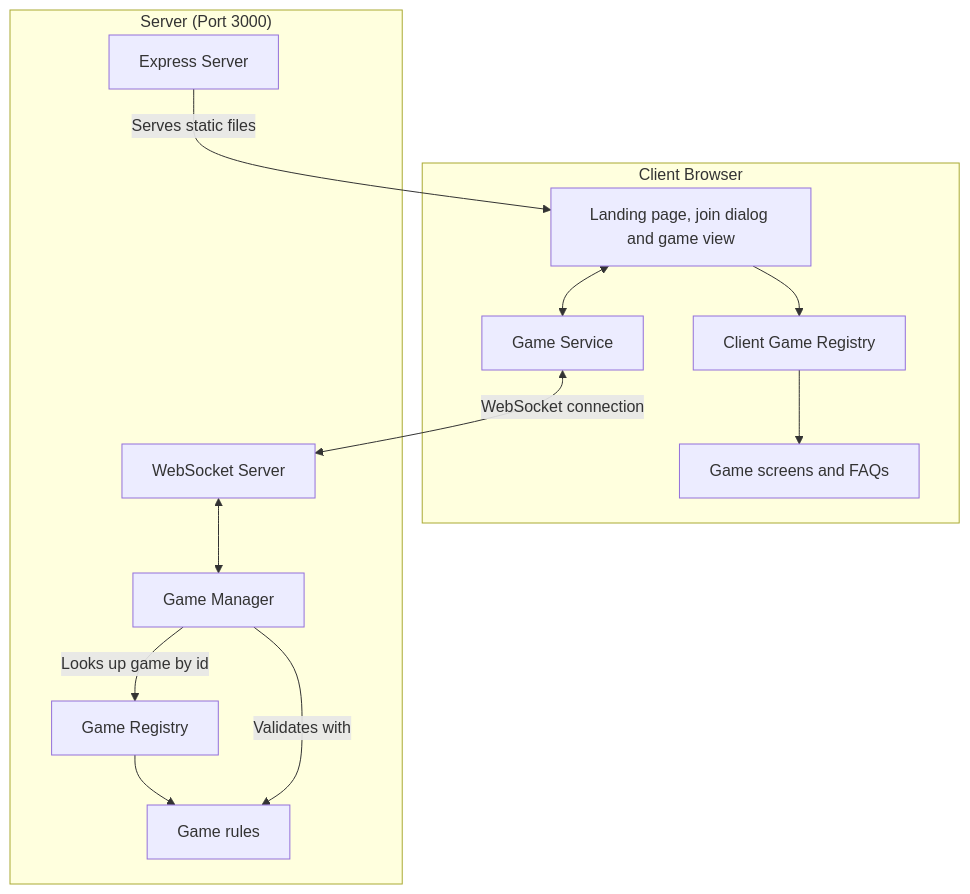
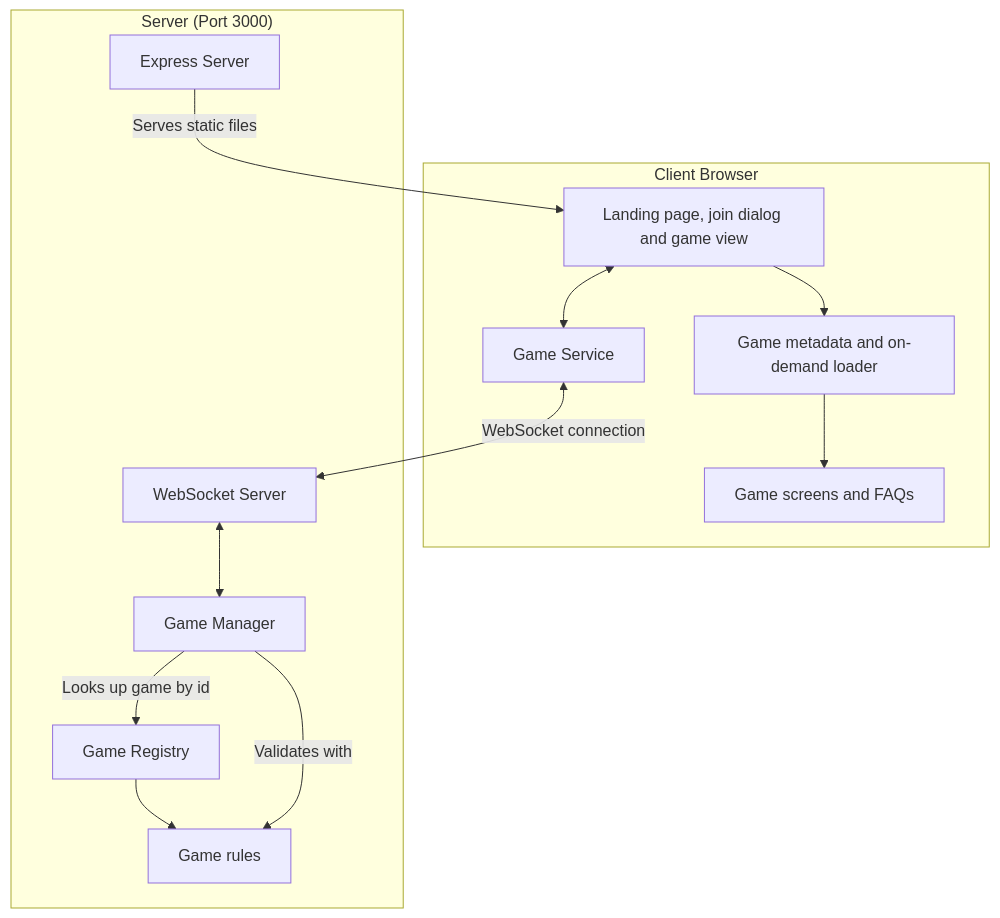
The diagram in docs/architecture.md (Nate314/multiplayer-tabletop-games), drawn with Mermaid before and after one commit. The commit also changed other lines of this file and 387 other files, not shown here.

````diff
--- a/docs/architecture.md
+++ b/docs/architecture.md
@@ -5,29 +5,29 @@
 ```mermaid
 flowchart TD
     subgraph "Client Browser"
         UI[Landing page, join dialog and game view]
         GS[Game Service]
-        CG[Client Game Registry]
+        CG[Game metadata and on-demand loader]
         GU[Game screens and FAQs]
 
         UI <--> GS
         UI --> CG
         CG --> GU
     end
 
     subgraph "Server (Port 3000)"
         ES[Express Server]
         WSS[WebSocket Server]
         GM[Game Manager]
         REG[Game Registry]
         GR[Game rules]
 
         ES --> |Serves static files| UI
         WSS <--> GM
         GM --> |Looks up game by id| REG
         REG --> GR
         GM --> |Validates with| GR
     end
 
     GS <--> |WebSocket connection| WSS
 ```
````
